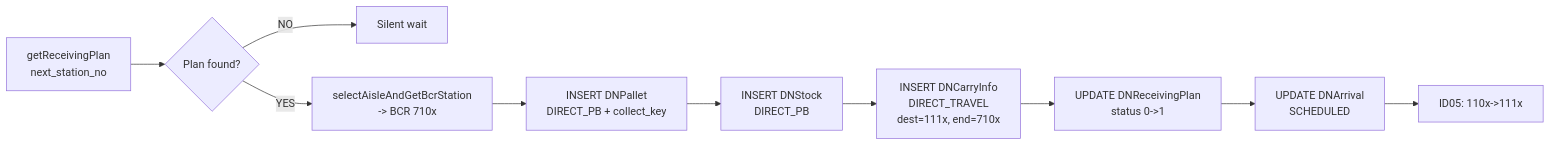
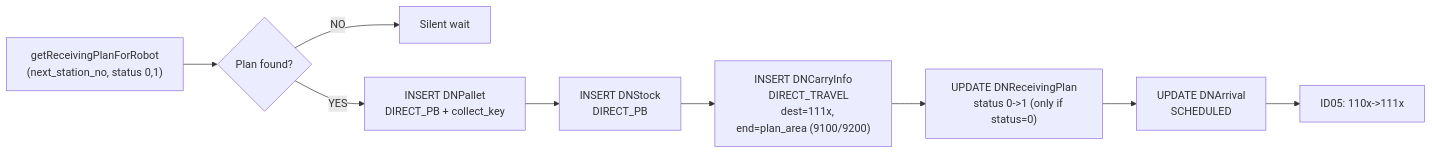
One commit to luthfiadityaa/SimeDarby-Wiki changed the second of 14 diagrams in Basic-Design/DFD-WMS/Storage/Storage-Process.md. Above: the diagram before and after it, drawn with Mermaid. The commit also changed other lines of this file, not shown here.

```diff
--- a/Basic-Design/DFD-WMS/Storage/Storage-Process.md
+++ b/Basic-Design/DFD-WMS/Storage/Storage-Process.md
@@ -118,20 +121,18 @@
 ::: mermaid
 flowchart LR
-    A[getReceivingPlan
-    next_station_no] --> B{Plan found?}
+    A["getReceivingPlanForRobot
+    (next_station_no, status 0,1)"] --> B{Plan found?}
     B -->|NO| C[Silent wait]
-    B -->|YES| D[selectAisleAndGetBcrStation
-    -> BCR 710x]
-    D --> E[INSERT DNPallet
-    DIRECT_PB + collect_key]
-    E --> F[INSERT DNStock
-    DIRECT_PB]
-    F --> G[INSERT DNCarryInfo
+    B -->|YES| E["INSERT DNPallet
+    DIRECT_PB + collect_key"]
+    E --> F["INSERT DNStock
+    DIRECT_PB"]
+    F --> G["INSERT DNCarryInfo
     DIRECT_TRAVEL
-    dest=111x, end=710x]
-    G --> H[UPDATE DNReceivingPlan
-    status 0->1]
-    H --> I[UPDATE DNArrival
-    SCHEDULED]
-    I --> J[ID05: 110x->111x]
+    dest=111x, end=plan_area (9100/9200)"]
+    G --> H["UPDATE DNReceivingPlan
+    status 0->1 (only if status=0)"]
+    H --> I["UPDATE DNArrival
+    SCHEDULED"]
+    I --> J["ID05: 110x->111x"]
 :::
```
